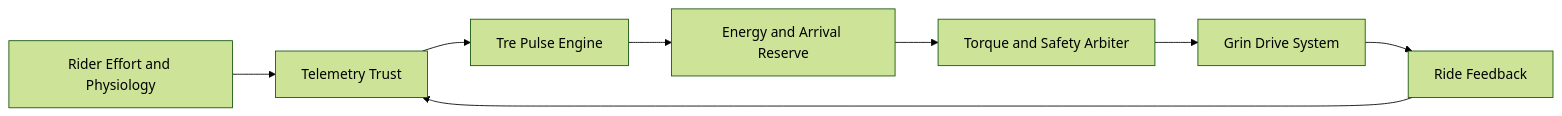
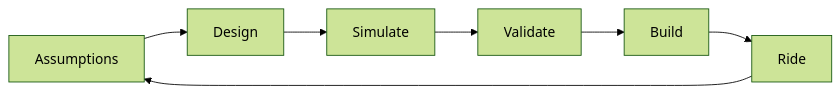
The third of 3 diagrams in README.md (tspreck/ferrous-drive), drawn with Mermaid (forest theme) before and after one commit. The commit also changed other lines of this file, not shown here.

````diff
--- a/README.md
+++ b/README.md
@@ -94,18 +338,9 @@
 ```mermaid
 flowchart LR
-    Rider[Rider Effort and Physiology]
-    Trust[Telemetry Trust]
-    Pulse[Tre Pulse Engine]
-    Energy[Energy and Arrival Reserve]
-    Arbiter[Torque and Safety Arbiter]
-    Drive[Grin Drive System]
-    Feedback[Ride Feedback]
-
-    Rider --> Trust
-    Trust --> Pulse
-    Pulse --> Energy
-    Energy --> Arbiter
-    Arbiter --> Drive
-    Drive --> Feedback
-    Feedback --> Trust
+    A[Assumptions] --> D[Design]
+    D --> S[Simulate]
+    S --> V[Validate]
+    V --> B[Build]
+    B --> R[Ride]
+    R --> A
 ```
````
